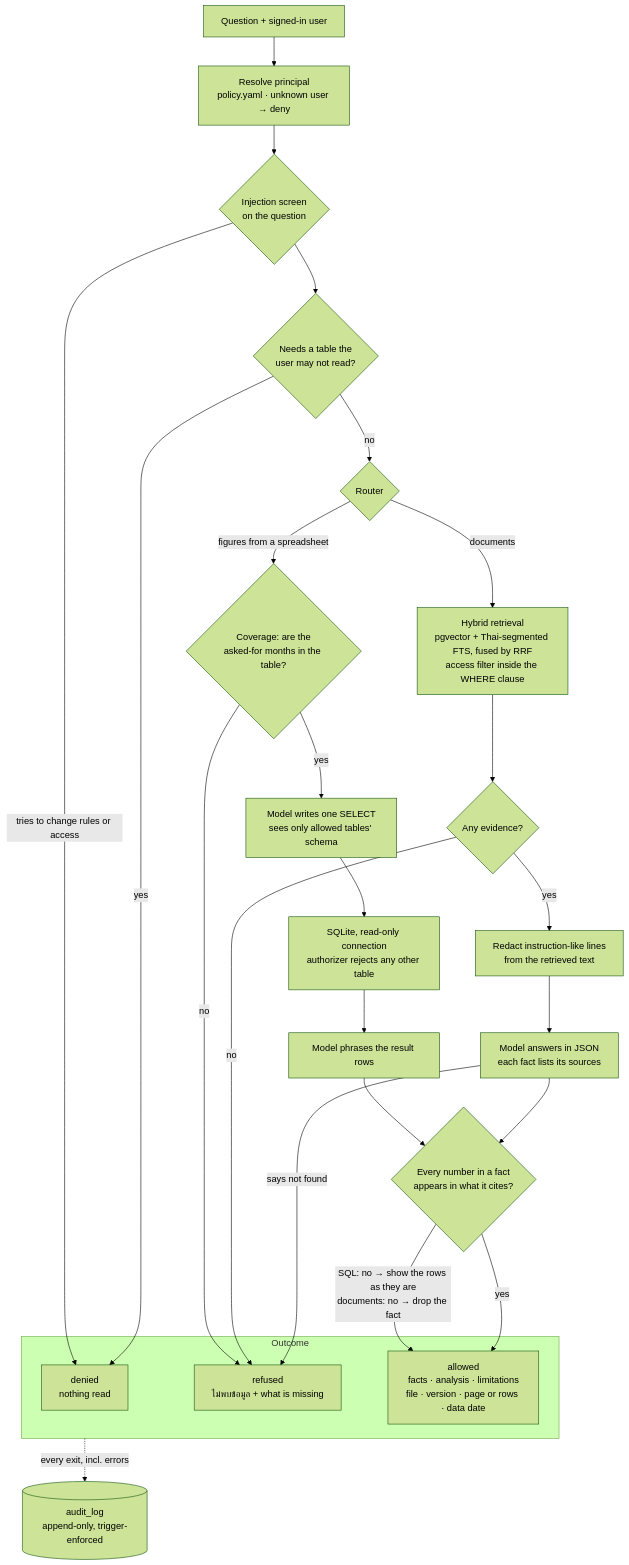
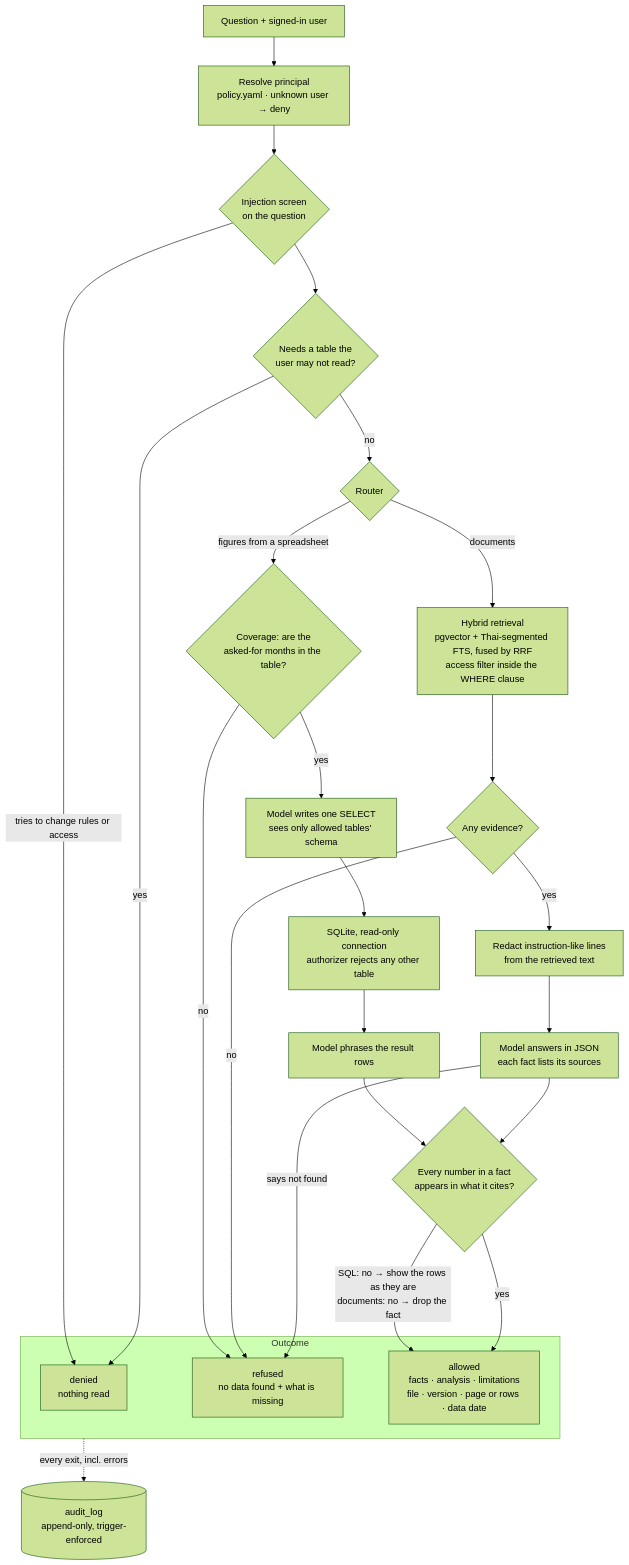
One commit to flybeeer/vantage-executive-ai changed the first of 2 diagrams in README.md. Above: the diagram before and after it, drawn with Mermaid (forest theme). The commit also changed other lines of this file, not shown here.

First line of the commit message:
README: English throughout, incl. the diagram and CLI examples

````diff
--- a/README.md
+++ b/README.md
@@ -37,35 +38,35 @@
 ```mermaid
 flowchart TD
     Q["Question + signed-in user"] --> P["Resolve principal<br/>policy.yaml · unknown user → deny"]
     P --> I{"Injection screen<br/>on the question"}
     I -- "tries to change rules or access" --> DENY
     I --> T{"Needs a table the<br/>user may not read?"}
     T -- yes --> DENY
     T -- no --> R{"Router"}
 
     R -- "figures from a spreadsheet" --> C{"Coverage: are the<br/>asked-for months in the table?"}
     C -- no --> REFUSE
     C -- yes --> S1["Model writes one SELECT<br/>sees only allowed tables' schema"]
     S1 --> S2["SQLite, read-only connection<br/>authorizer rejects any other table"]
     S2 --> S3["Model phrases the result rows"]
     S3 --> G
 
     R -- "documents" --> V["Hybrid retrieval<br/>pgvector + Thai-segmented FTS, fused by RRF<br/>access filter inside the WHERE clause"]
     V --> E{"Any evidence?"}
     E -- no --> REFUSE
     E -- yes --> X["Redact instruction-like lines<br/>from the retrieved text"]
     X --> L["Model answers in JSON<br/>each fact lists its sources"]
     L -- "says not found" --> REFUSE
     L --> G{"Every number in a fact<br/>appears in what it cites?"}
     G -- "SQL: no → show the rows as they are<br/>documents: no → drop the fact" --> ALLOW
 
     G -- yes --> ALLOW
 
     subgraph OUT["Outcome"]
         DENY["denied<br/>nothing read"]
-        REFUSE["refused<br/>ไม่พบข้อมูล + what is missing"]
+        REFUSE["refused<br/>no data found + what is missing"]
         ALLOW["allowed<br/>facts · analysis · limitations<br/>file · version · page or rows · data date"]
     end
 
     OUT -. "every exit, incl. errors" .-> AUD[("audit_log<br/>append-only, trigger-enforced")]
 ```
````
